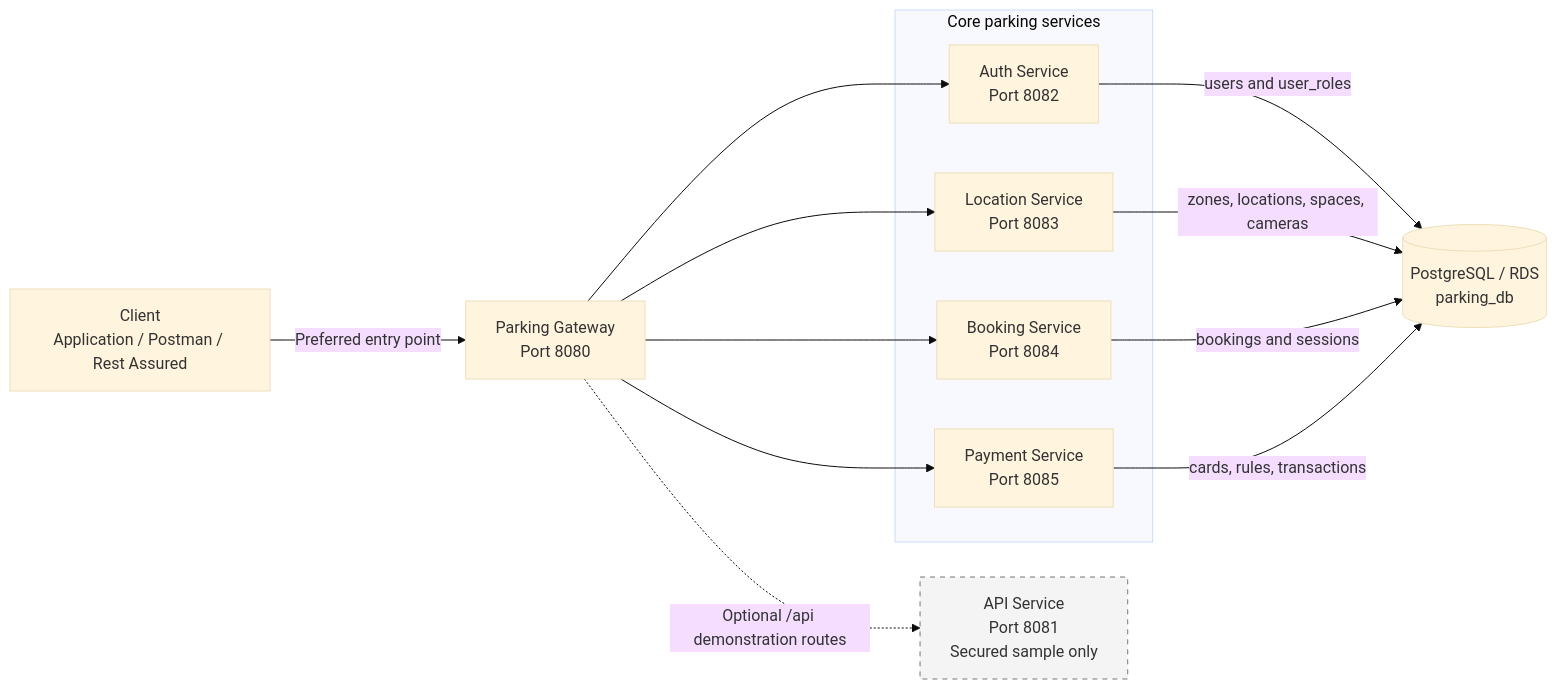
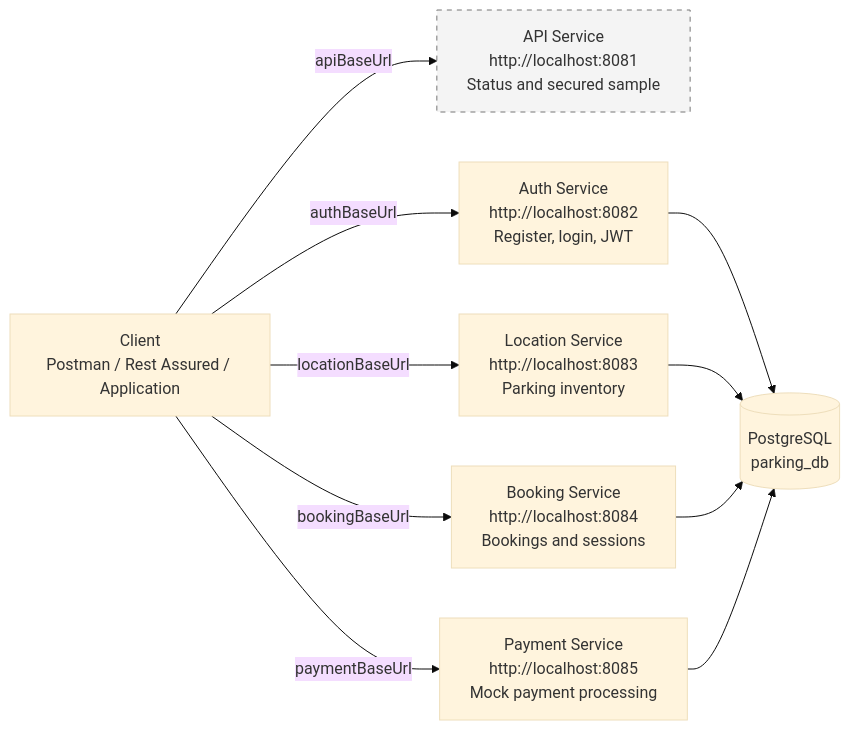
Before and after one commit to sangeethadhatrika510-svg/test-parking-api-testing: the first of 11 diagrams in Parking_Microservices_Architecture.md, drawn with Mermaid (base theme). The commit also changed other lines of this file, not shown here.

First line of the commit message:
Update Parking_Microservices_Architecture.md

````diff
--- a/Parking_Microservices_Architecture.md
+++ b/Parking_Microservices_Architecture.md
@@ -24,31 +12,26 @@
 ```mermaid
 flowchart LR
-    Client["Client<br/>Application / Postman / Rest Assured"]
-    Gateway["Parking Gateway<br/>Port 8080"]
+    Client["Client<br/>Postman / Rest Assured / Application"]
 
-    subgraph Core["Core parking services"]
-        Auth["Auth Service<br/>Port 8082"]
-        Location["Location Service<br/>Port 8083"]
-        Booking["Booking Service<br/>Port 8084"]
-        Payment["Payment Service<br/>Port 8085"]
-    end
+    API["API Service<br/>http://localhost:8081<br/>Status and secured sample"]
+    Auth["Auth Service<br/>http://localhost:8082<br/>Register, login, JWT"]
+    Location["Location Service<br/>http://localhost:8083<br/>Parking inventory"]
+    Booking["Booking Service<br/>http://localhost:8084<br/>Bookings and sessions"]
+    Payment["Payment Service<br/>http://localhost:8085<br/>Mock payment processing"]
 
-    API["API Service<br/>Port 8081<br/>Secured sample only"]
-    DB[("PostgreSQL / RDS<br/>parking_db")]
+    DB[("PostgreSQL<br/>parking_db")]
 
-    Client -->|Preferred entry point| Gateway
-    Gateway --> Auth
-    Gateway --> Location
-    Gateway --> Booking
-    Gateway --> Payment
+    Client -->|apiBaseUrl| API
+    Client -->|authBaseUrl| Auth
+    Client -->|locationBaseUrl| Location
+    Client -->|bookingBaseUrl| Booking
+    Client -->|paymentBaseUrl| Payment
 
-    Gateway -.->|Optional /api demonstration routes| API
+    Auth --> DB
+    Location --> DB
+    Booking --> DB
+    Payment --> DB
 
-    Auth -->|users and user_roles| DB
-    Location -->|zones, locations, spaces, cameras| DB
-    Booking -->|bookings and sessions| DB
-    Payment -->|cards, rules, transactions| DB
-
-    classDef optional fill:#f4f4f4,stroke:#777,stroke-dasharray:5 5,color:#333;
-    class API optional;
+    classDef sample fill:#f4f4f4,stroke:#777,stroke-dasharray:5 5,color:#333;
+    class API sample;
 ```
````
